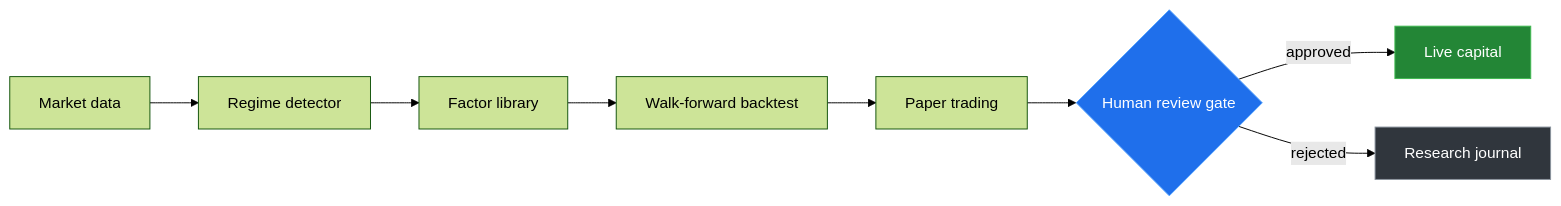
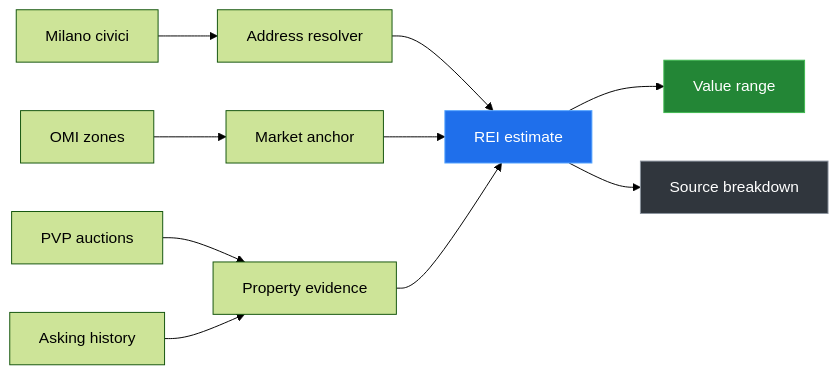
The diagram in README.md (ShellPayant/ShellPayant), drawn with Mermaid (forest theme) before and after one commit. The commit also changed other lines of this file, not shown here.

Commit message:
Refocus profile README on REI Milano

````diff
--- a/README.md
+++ b/README.md
@@ -46,14 +46,16 @@
 ```mermaid
 flowchart LR
-    A[Market data] --> B[Regime detector]
-    B --> C[Factor library]
-    C --> D[Walk-forward backtest]
-    D --> E[Paper trading]
-    E --> F{Human review gate}
-    F -->|approved| G[Live capital]
-    F -->|rejected| H[Research journal]
+    A[Milano civici] --> D[Address resolver]
+    B[OMI zones] --> E[Market anchor]
+    C[PVP auctions] --> F[Property evidence]
+    G[Asking history] --> F
+    D --> H[REI estimate]
+    E --> H
+    F --> H
+    H --> I[Value range]
+    H --> J[Source breakdown]
 
-    style F fill:#1F6FEB,color:#fff,stroke:#58A6FF
-    style G fill:#238636,color:#fff,stroke:#3FB950
-    style H fill:#30363D,color:#fff,stroke:#8B949E
+    style H fill:#1F6FEB,color:#fff,stroke:#58A6FF
+    style I fill:#238636,color:#fff,stroke:#3FB950
+    style J fill:#30363D,color:#fff,stroke:#8B949E
 ```
````
